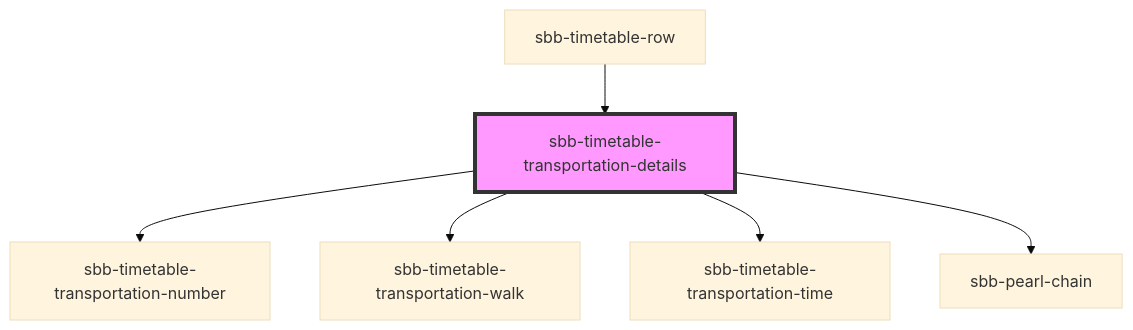
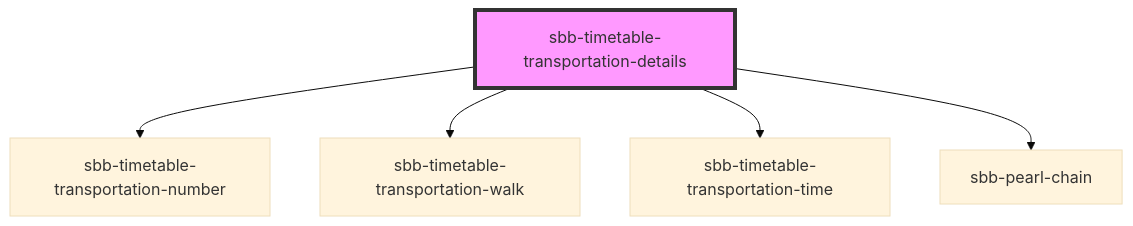
The diagram in src/components/sbb-timetable-transportation-details/readme.md (sbb-design-systems/lyne-components), drawn with Mermaid (base theme) before and after one commit. The commit also changed other lines of this file and 14 other files, not shown here.

Commit message:
feat: sbb-timetable-row initial structure

````diff
--- a/src/components/sbb-timetable-transportation-details/readme.md
+++ b/src/components/sbb-timetable-transportation-details/readme.md
@@ -30,9 +26,8 @@
 ```mermaid
 graph TD;
   sbb-timetable-transportation-details --> sbb-timetable-transportation-number
   sbb-timetable-transportation-details --> sbb-timetable-transportation-walk
   sbb-timetable-transportation-details --> sbb-timetable-transportation-time
   sbb-timetable-transportation-details --> sbb-pearl-chain
-  sbb-timetable-row --> sbb-timetable-transportation-details
   style sbb-timetable-transportation-details fill:#f9f,stroke:#333,stroke-width:4px
 ```
````
